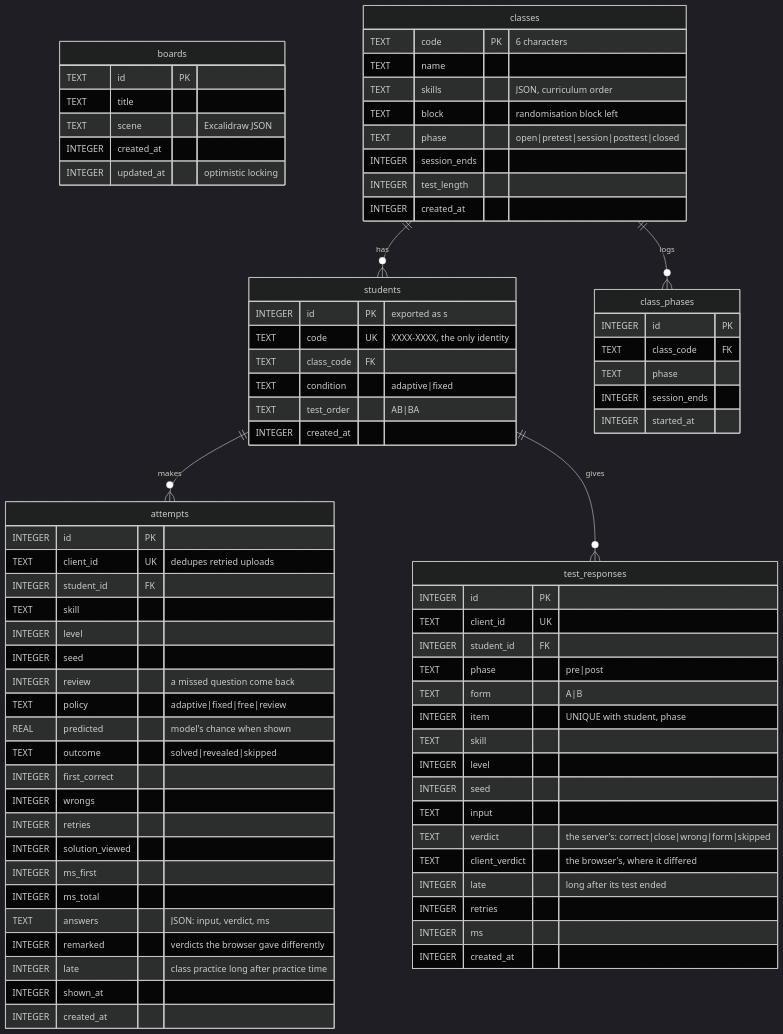
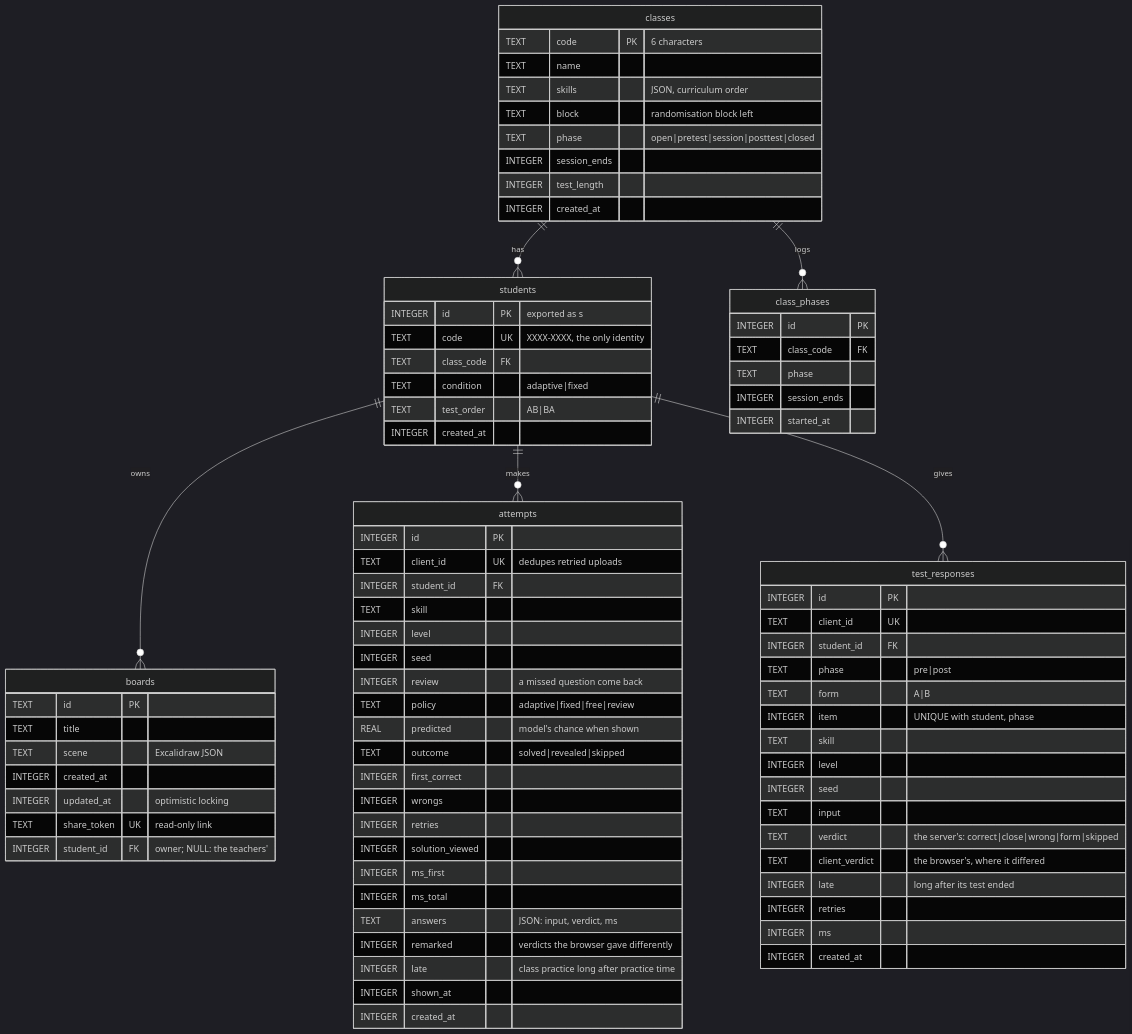
One commit to DavidTbilisi/zeno-math changed the third of 5 diagrams in docs/architecture.md. Above: the diagram before and after it, drawn with Mermaid (dark theme). The commit also changed other lines of this file and 22 other files, not shown here.

First line of the commit message:
Boards have owners: a student's own, the teachers' shared

```diff
--- a/docs/architecture.md
+++ b/docs/architecture.md
@@ -89,7 +89,10 @@
     TEXT scene "Excalidraw JSON"
     INTEGER created_at
     INTEGER updated_at "optimistic locking"
+    TEXT share_token UK "read-only link"
+    INTEGER student_id FK "owner; NULL: the teachers'"
   }
+  students ||--o{ boards : owns
   classes ||--o{ students : has
   classes {
     TEXT code PK "6 characters"
```
